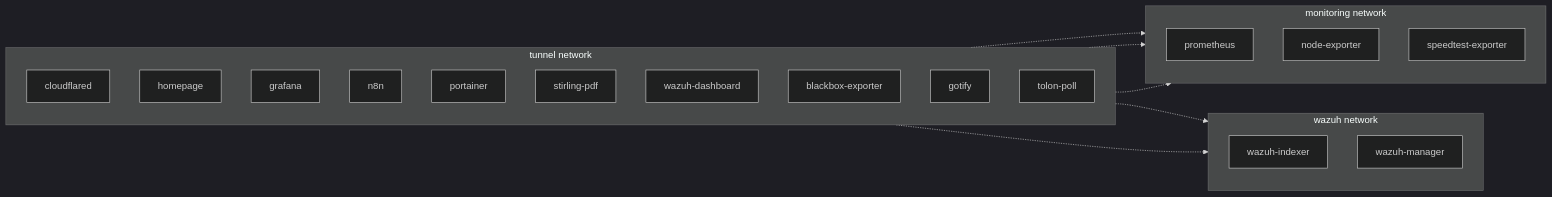
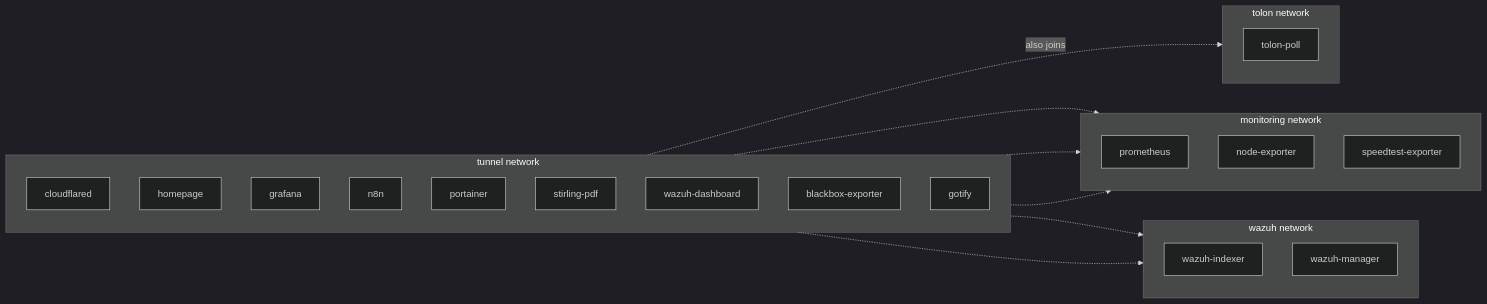
One commit to danielpsf/homelab changed the second of 4 diagrams in README.md. Above: the diagram before and after it, drawn with Mermaid (dark theme). The commit also changed other lines of this file, not shown here.

Commit message:
docs: move tolon-poll to its own network and document secrets and live Cloudflare features

````diff
--- a/README.md
+++ b/README.md
@@ -72,35 +76,40 @@
 ```mermaid
 graph LR
     subgraph tunnel[tunnel network]
         direction TB
         cloudflared
         homepage
         grafana
         n8n
         portainer
         stirling-pdf
         wazuh-dashboard
         blackbox-exporter
         gotify
+    end
+
+    subgraph tolon[tolon network]
+        direction TB
         tolon-poll
     end
 
     subgraph monitoring[monitoring network]
         direction TB
         prometheus
         node-exporter
         speedtest-exporter
     end
 
     subgraph wazuh[wazuh network]
         direction TB
         wazuh-indexer
         wazuh-manager
     end
 
+    cloudflared -.->|also joins| tolon
     homepage -.-> monitoring
     grafana -.-> monitoring
     n8n -.-> monitoring
     n8n -.-> wazuh
     blackbox-exporter -.-> wazuh
 ```
````
